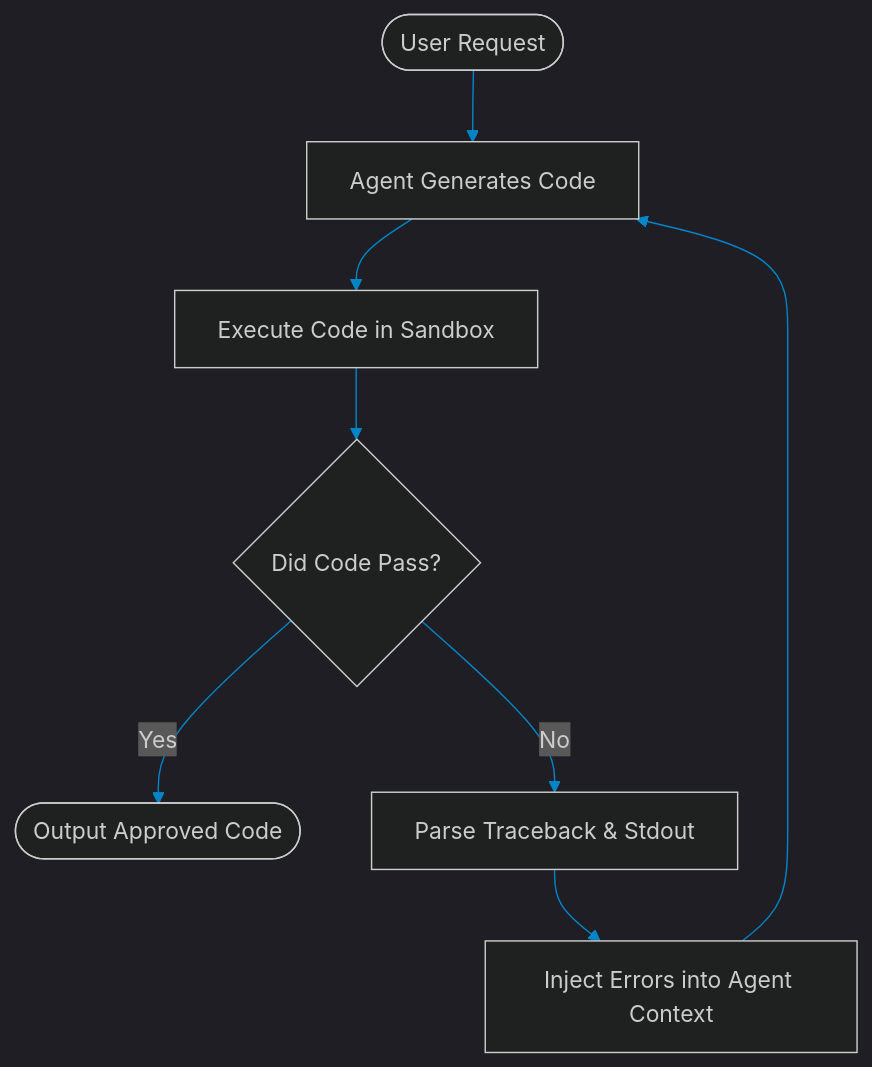
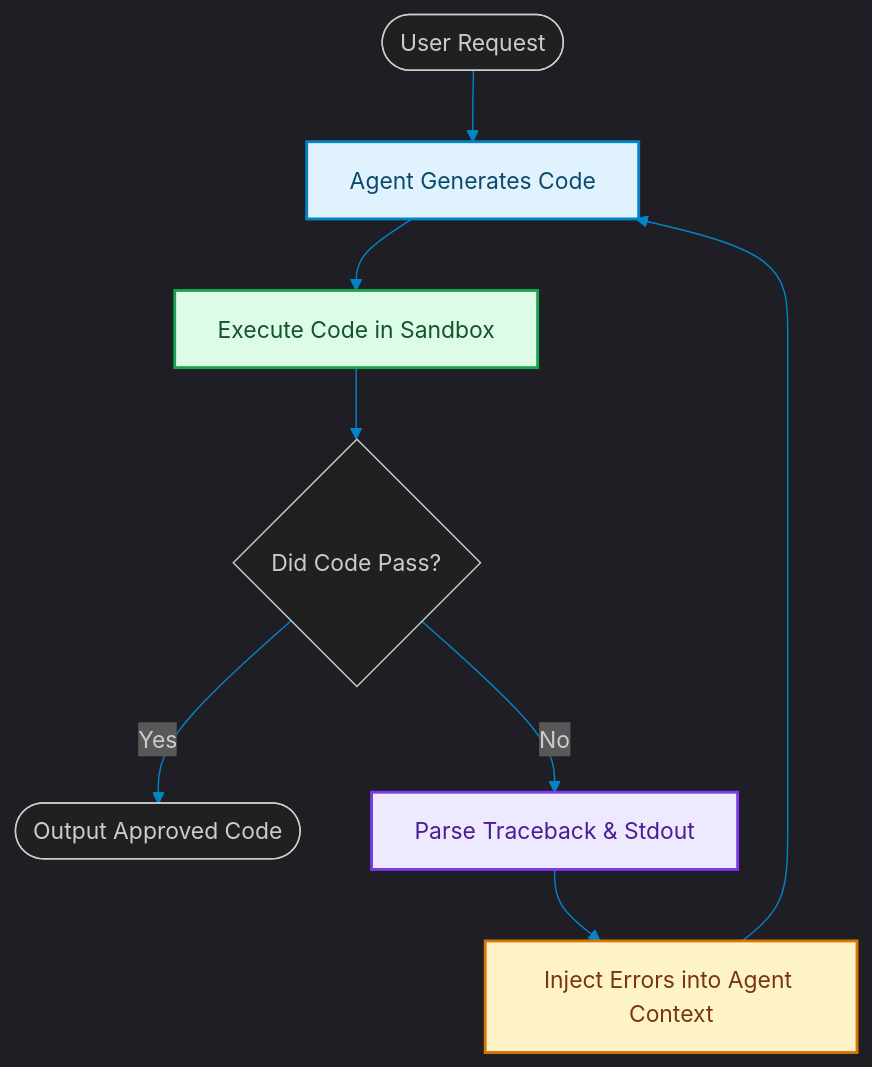
One commit to akmalkhaniub/akmalkhaniub.github.io changed the diagram in blog/posts/agentic-sdlc-inner-loop-self-healing-code.md. Above: the diagram before and after it, drawn with Mermaid. The commit also changed other lines of this file and 1291 other files, not shown here.

First line of the commit message:
feat(catalog): unique covers, scholarly references, and diagram palettes

````diff
--- a/blog/posts/agentic-sdlc-inner-loop-self-healing-code.md
+++ b/blog/posts/agentic-sdlc-inner-loop-self-healing-code.md
@@ -15,11 +15,21 @@
 ```mermaid
 %%{init: {'theme': 'dark', 'themeVariables': { 'primaryColor': '#0284c7', 'primaryTextColor': '#f3f4f6', 'primaryBorderColor': '#38bdf8', 'lineColor': '#0284c7', 'secondaryColor': '#111827', 'tertiaryColor': '#0b0f19'}}}%%
 flowchart TD
-    Start([User Request]) --> Write[Agent Generates Code]
-    Write --> Run[Execute Code in Sandbox]
+    Start([User Request]) --> Write["Agent Generates Code"]
+    Write --> Run["Execute Code in Sandbox"]
     Run --> Check{Did Code Pass?}
     Check -->|Yes| End([Output Approved Code])
-    Check -->|No| Parse[Parse Traceback & Stdout]
-    Parse --> Feedback[Inject Errors into Agent Context]
+    Check -->|No| Parse["Parse Traceback & Stdout"]
+    Parse --> Feedback["Inject Errors into Agent Context"]
     Feedback --> Write
+
+classDef green fill:#dcfce7,stroke:#16a34a,stroke-width:2px,color:#14532d;
+classDef red fill:#fee2e2,stroke:#dc2626,stroke-width:2px,color:#7f1d1d;
+classDef blue fill:#e0f2fe,stroke:#0284c7,stroke-width:2px,color:#0c4a6e;
+classDef yellow fill:#fef3c7,stroke:#d97706,stroke-width:2px,color:#78350f;
+classDef purple fill:#ede9fe,stroke:#7c3aed,stroke-width:2px,color:#4c1d95;
+class Write blue
+class Run green
+class Parse purple
+class Feedback yellow
 ```
````
